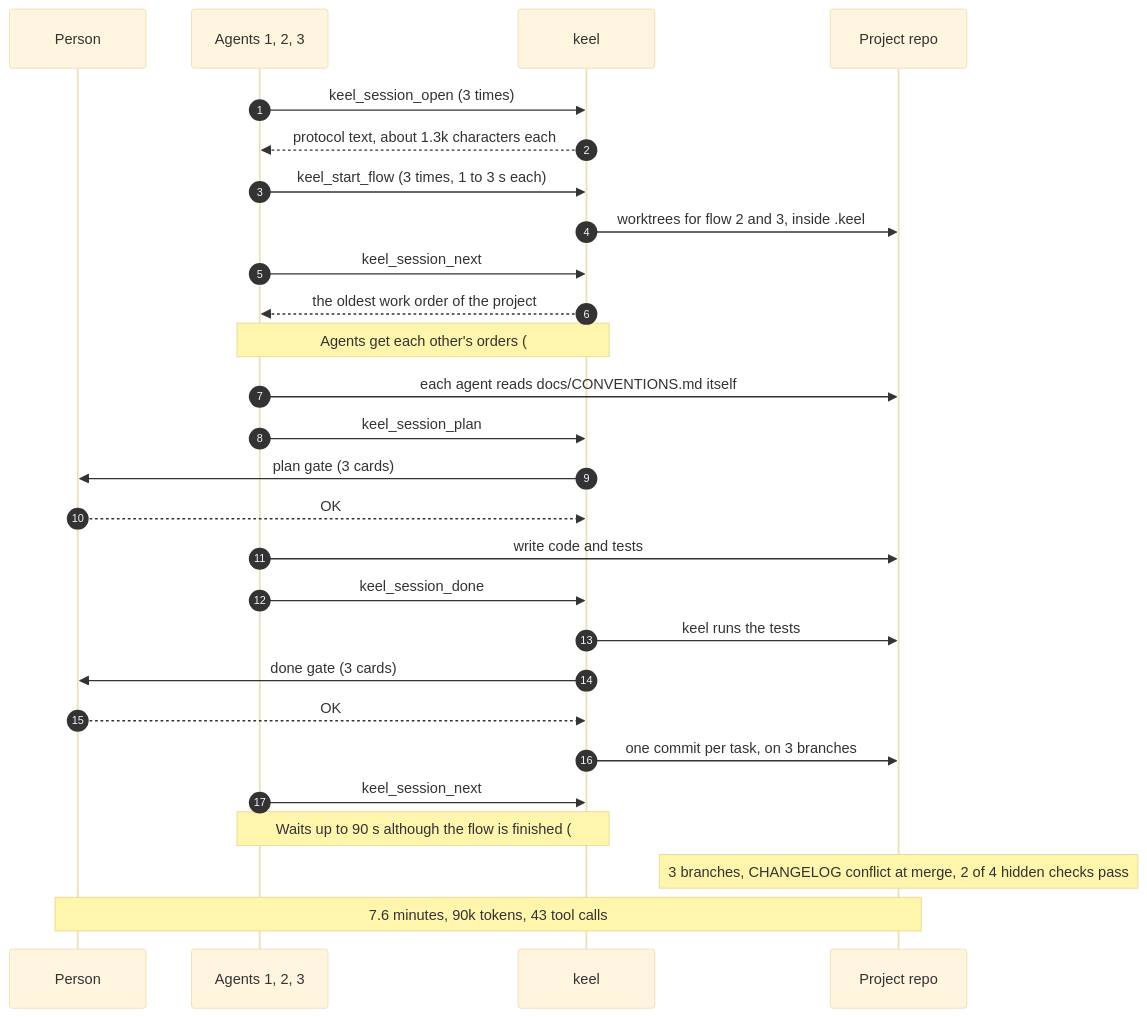
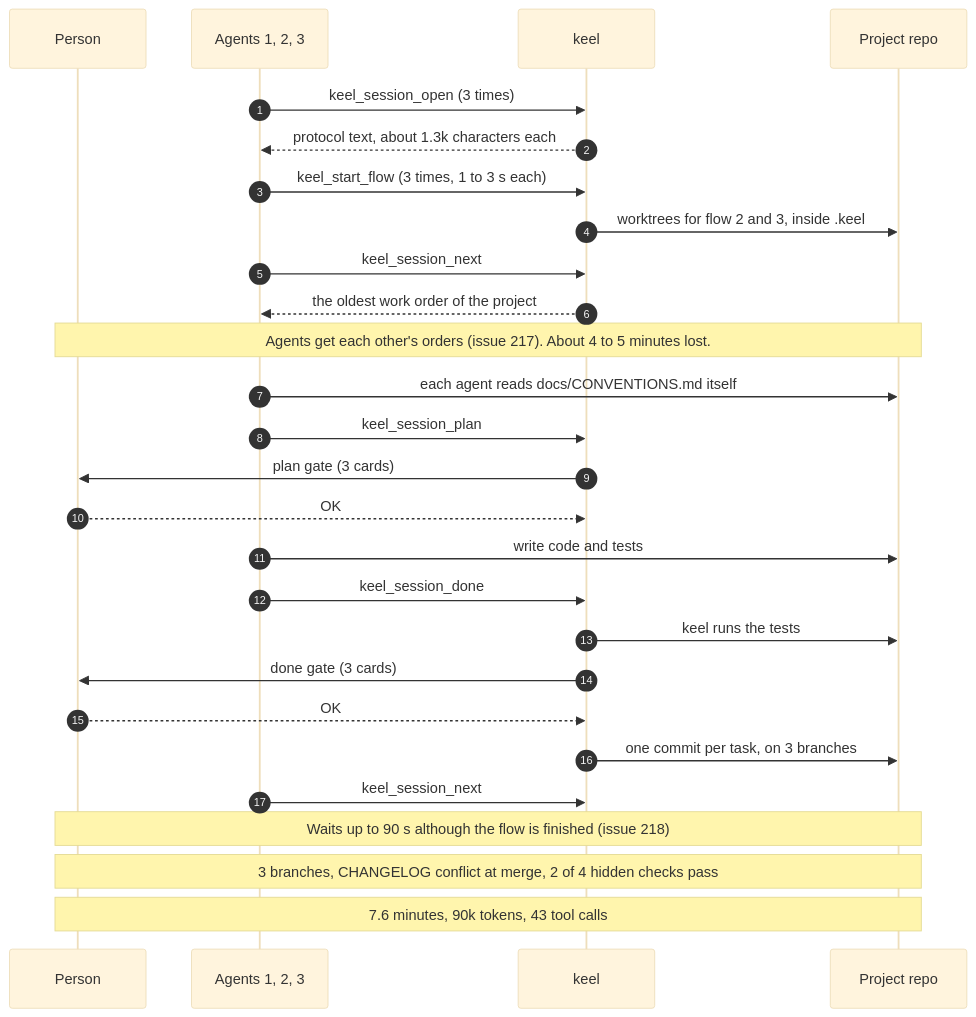
One commit to MiladNalbandi/keel-v2 changed the second of 7 diagrams in docs/research/keel-feature-proposal.md. Above: the diagram before and after it, drawn with Mermaid (base theme). The commit also changed 5 other files, not shown here.

Commit message:
docs: sequence diagram notes no longer cut at the issue number (#254)

````diff
--- a/docs/research/keel-feature-proposal.md
+++ b/docs/research/keel-feature-proposal.md
@@ -149,30 +149,30 @@
 ```mermaid
 sequenceDiagram
   autonumber
   participant P as Person
   participant A as Agents 1, 2, 3
   participant K as keel
   participant R as Project repo
 
   A->>K: keel_session_open (3 times)
   K-->>A: protocol text, about 1.3k characters each
   A->>K: keel_start_flow (3 times, 1 to 3 s each)
   K->>R: worktrees for flow 2 and 3, inside .keel
   A->>K: keel_session_next
   K-->>A: the oldest work order of the project
-  Note over A,K: Agents get each other's orders (#217). About 4 to 5 minutes lost.
+  Note over P,R: Agents get each other's orders (issue 217). About 4 to 5 minutes lost.
   A->>R: each agent reads docs/CONVENTIONS.md itself
   A->>K: keel_session_plan
   K->>P: plan gate (3 cards)
   P-->>K: OK
   A->>R: write code and tests
   A->>K: keel_session_done
   K->>R: keel runs the tests
   K->>P: done gate (3 cards)
   P-->>K: OK
   K->>R: one commit per task, on 3 branches
   A->>K: keel_session_next
-  Note over A,K: Waits up to 90 s although the flow is finished (#218)
-  Note over R: 3 branches, CHANGELOG conflict at merge, 2 of 4 hidden checks pass
+  Note over P,R: Waits up to 90 s although the flow is finished (issue 218)
+  Note over P,R: 3 branches, CHANGELOG conflict at merge, 2 of 4 hidden checks pass
   Note over P,R: 7.6 minutes, 90k tokens, 43 tool calls
 ```
````
